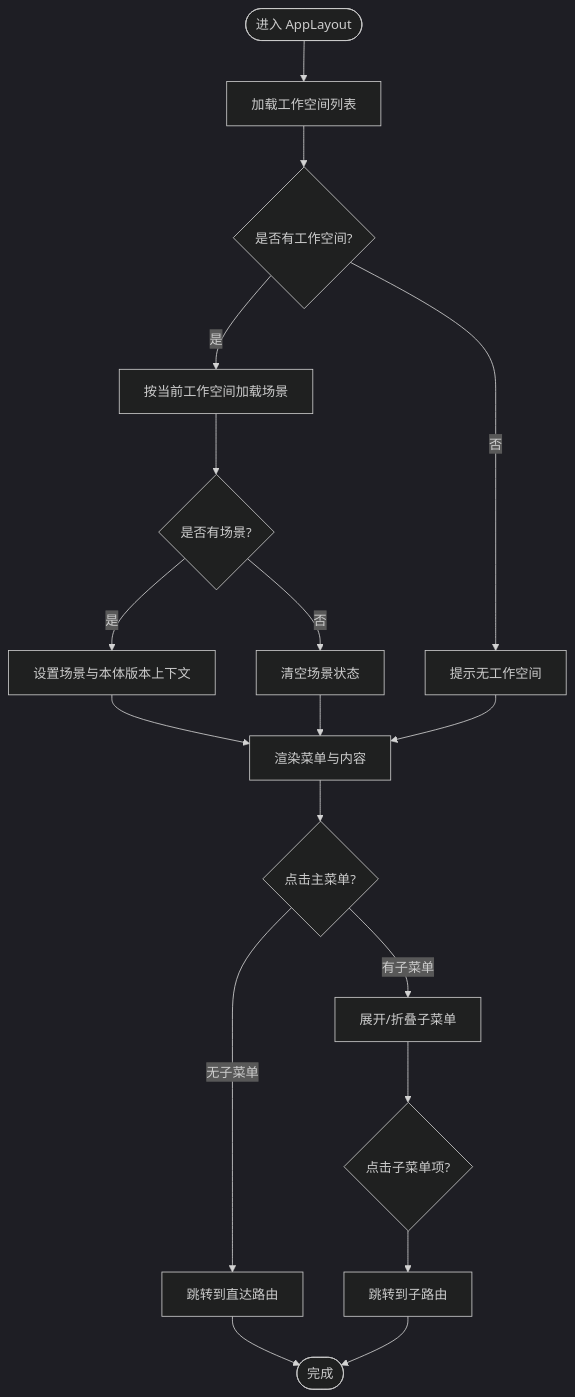
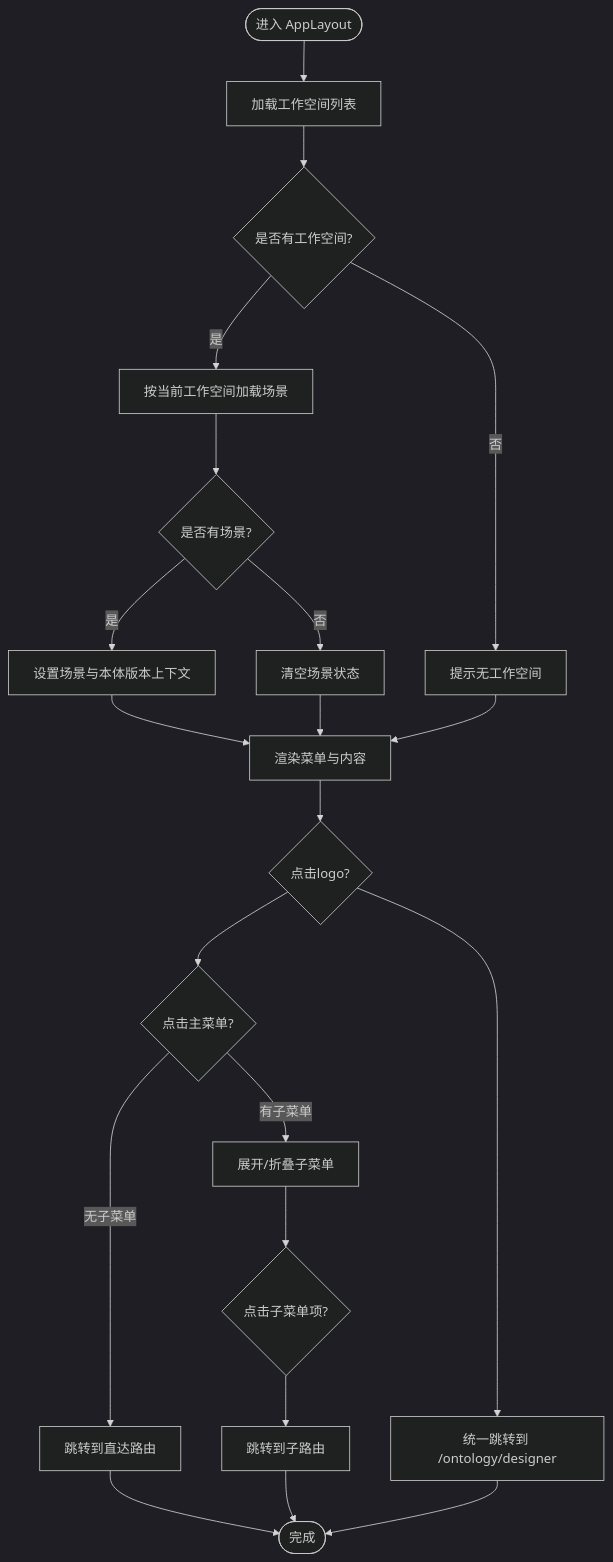
One commit to inier/ontology-graphiti changed the fourth of 6 diagrams in .qoder/repowiki/zh/content/前端架构/路由与导航.md. Above: the diagram before and after it, drawn with Mermaid (dark theme). The commit also changed other lines of this file and 10 other files, not shown here.

First line of the commit message:
refactor: 智能问答内联渲染 — 移除独立Tab，图表/时序/报告内嵌于会话消息

````diff
--- a/.qoder/repowiki/zh/content/前端架构/路由与导航.md
+++ b/.qoder/repowiki/zh/content/前端架构/路由与导航.md
@@ -208,20 +219,23 @@
 ```mermaid
 flowchart TD
 Start(["进入 AppLayout"]) --> LoadWS["加载工作空间列表"]
 LoadWS --> WSReady{"是否有工作空间?"}
 WSReady --> |否| NoWS["提示无工作空间"]
 WSReady --> |是| LoadScn["按当前工作空间加载场景"]
 LoadScn --> ScnReady{"是否有场景?"}
 ScnReady --> |否| NoScn["清空场景状态"]
 ScnReady --> |是| SetCtx["设置场景与本体版本上下文"]
 SetCtx --> Render["渲染菜单与内容"]
 NoScn --> Render
 NoWS --> Render
-Render --> MenuClick{"点击主菜单?"}
+Render --> LogoClick{"点击logo?"}
+LogoClick --> LogoRedirect["统一跳转到 /ontology/designer"]
+LogoClick --> MenuClick{"点击主菜单?"}
 MenuClick --> |有子菜单| ToggleSub["展开/折叠子菜单"]
 MenuClick --> |无子菜单| NavDirect["跳转到直达路由"]
 ToggleSub --> SubClick{"点击子菜单项?"}
 SubClick --> NavSub["跳转到子路由"]
 NavDirect --> End(["完成"])
 NavSub --> End
+LogoRedirect --> End
 ```
````
